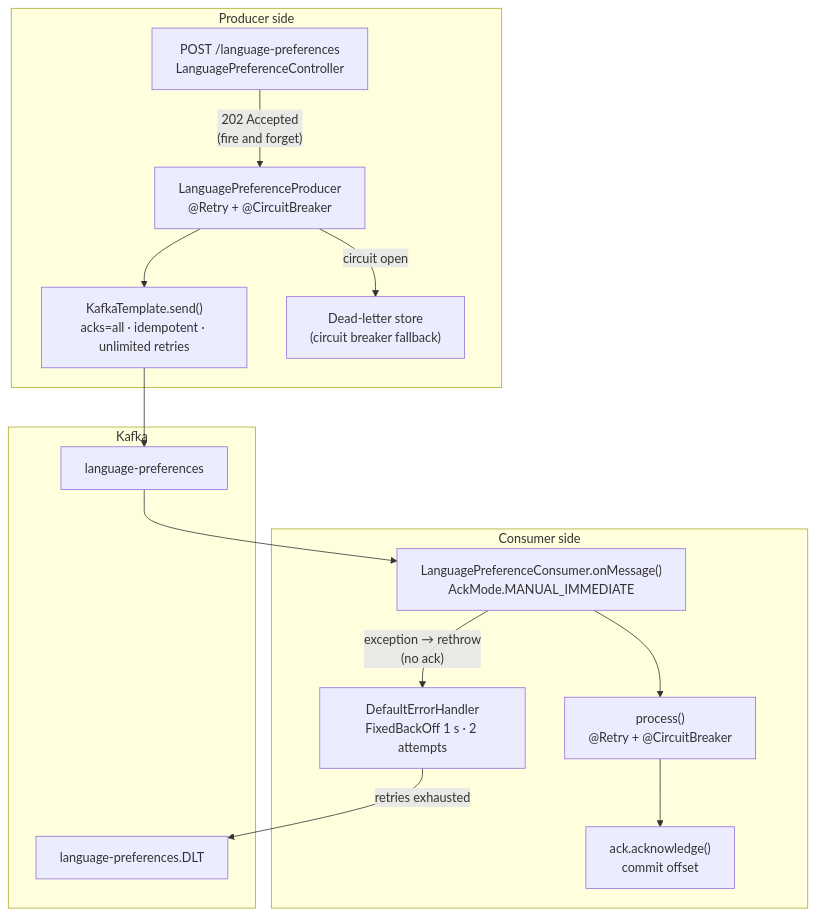
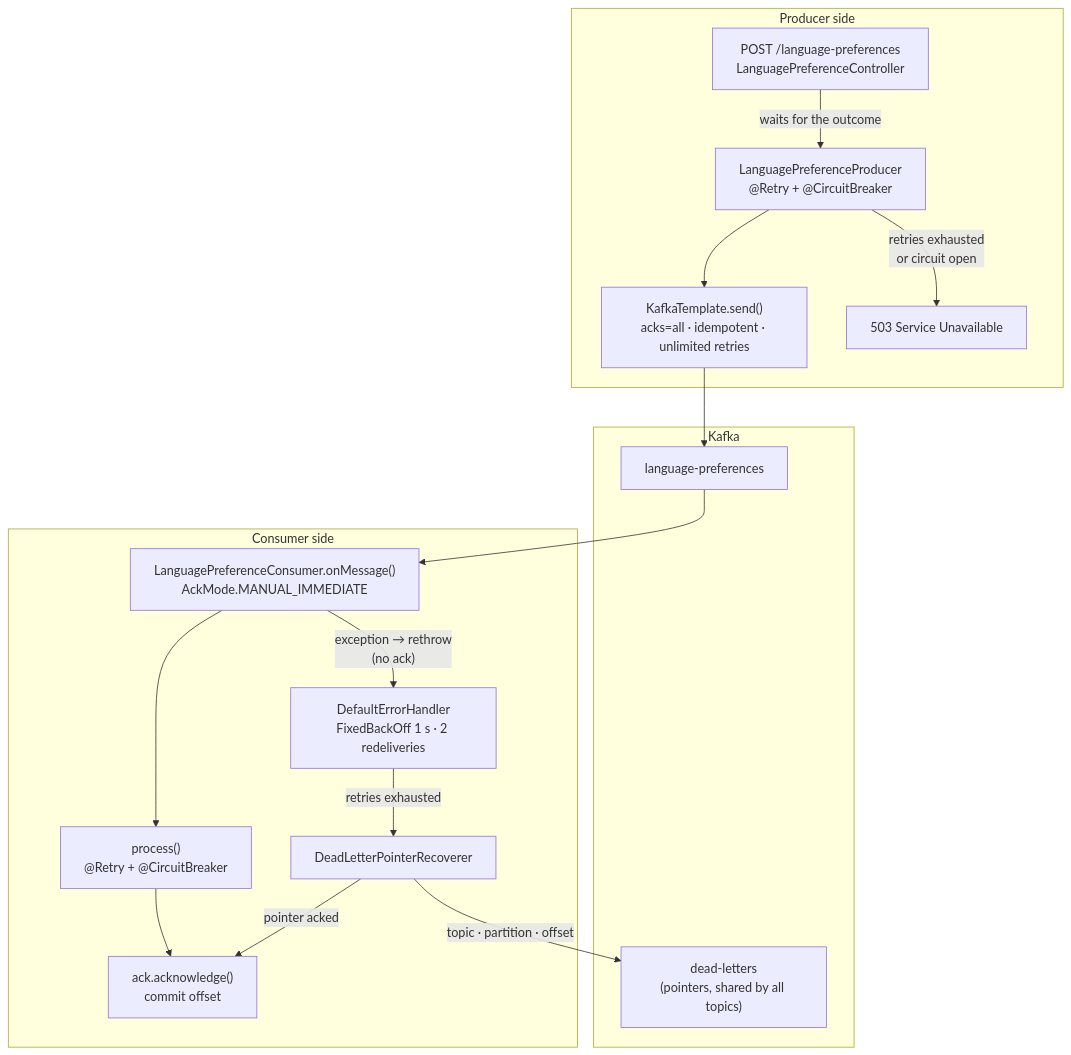
One commit to bhanafee/KafkaGuaranteesLab changed the first of 4 diagrams in README.md. Above: the diagram before and after it, drawn with Mermaid. The commit also changed other lines of this file and 11 other files, not shown here.

First line of the commit message:
Dead-letter failed records by pointer and surface publish failures

````diff
--- a/README.md
+++ b/README.md
@@ -177,33 +188,37 @@
 ```mermaid
 flowchart TD
     subgraph Producer["Producer side"]
         CTRL["POST /language-preferences<br/>LanguagePreferenceController"]
         PROD["LanguagePreferenceProducer<br/>@Retry + @CircuitBreaker"]
         KT["KafkaTemplate.send()<br/>acks=all · idempotent · unlimited retries"]
-        DLS["Dead-letter store<br/>(circuit breaker fallback)"]
+        FAIL["503 Service Unavailable"]
 
-        CTRL -->|"202 Accepted<br/>(fire and forget)"| PROD
+        CTRL -->|"waits for the outcome"| PROD
         PROD --> KT
-        PROD -->|"circuit open"| DLS
+        PROD -->|"retries exhausted<br/>or circuit open"| FAIL
     end
 
     subgraph Kafka["Kafka"]
         TOPIC["language-preferences"]
-        DLT["language-preferences.DLT"]
+        DLT["dead-letters<br/>(pointers, shared by all topics)"]
     end
 
     subgraph Consumer["Consumer side"]
         CONS["LanguagePreferenceConsumer.onMessage()<br/>AckMode.MANUAL_IMMEDIATE"]
         PROC["process()<br/>@Retry + @CircuitBreaker"]
         ACK["ack.acknowledge()<br/>commit offset"]
-        EH["DefaultErrorHandler<br/>FixedBackOff 1 s · 2 attempts"]
+        EH["DefaultErrorHandler<br/>FixedBackOff 1 s · 2 redeliveries"]
+        REC["DeadLetterPointerRecoverer"]
 
         CONS --> PROC
         PROC --> ACK
         CONS -->|"exception → rethrow<br/>(no ack)"| EH
-        EH -->|"retries exhausted"| DLT
+        EH -->|"retries exhausted"| REC
+        REC -->|"pointer acked"| ACK
     end
+
+    REC -->|"topic · partition · offset"| DLT
 
     KT --> TOPIC
     TOPIC --> CONS
 ```
````
